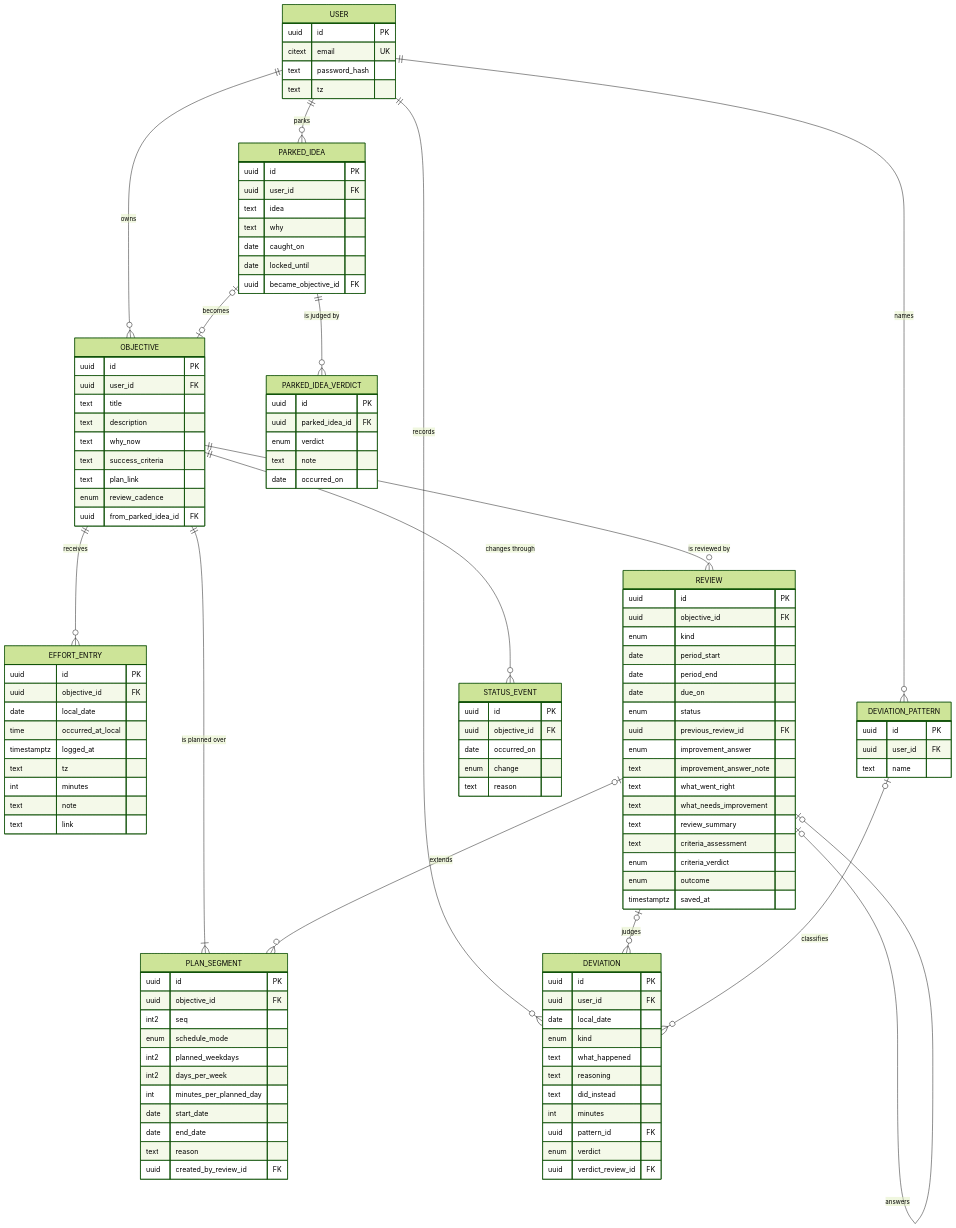
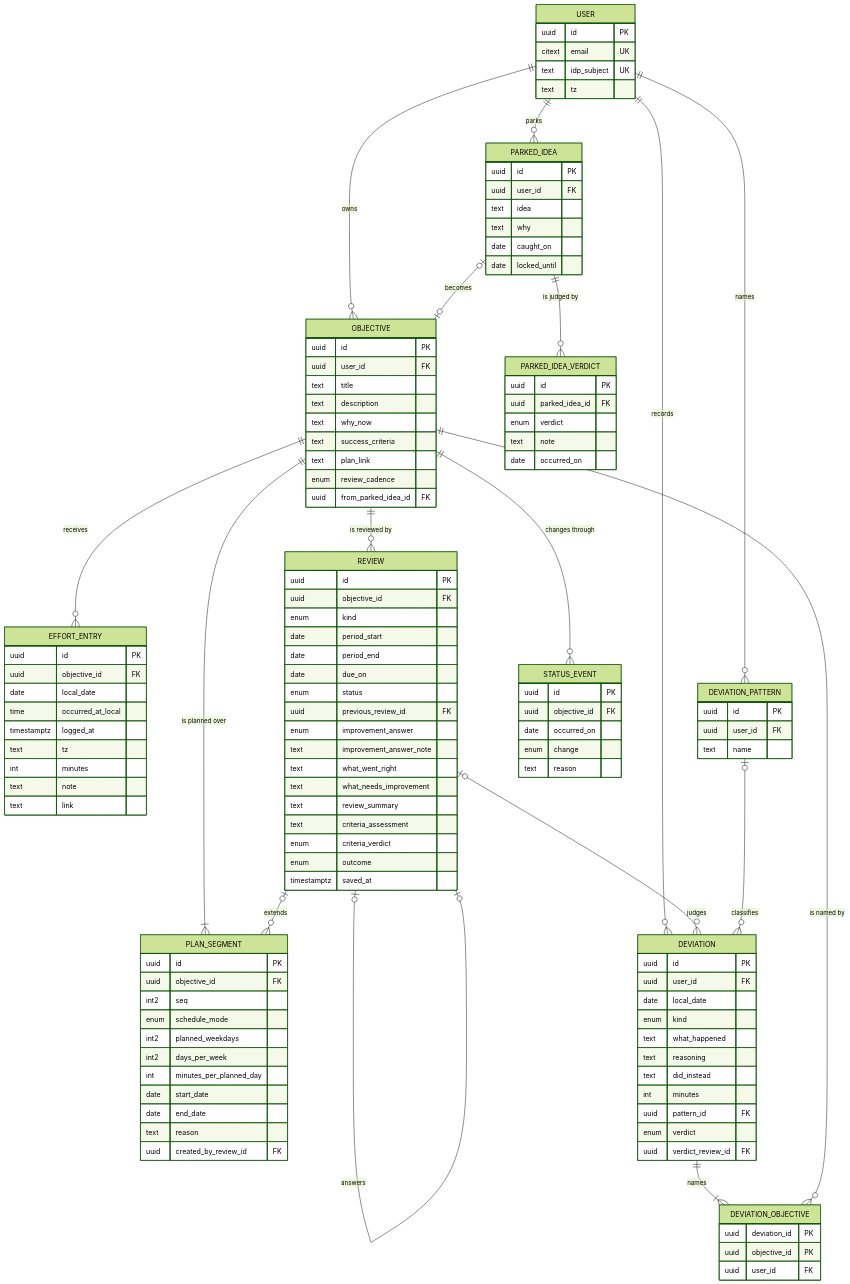
One commit to rohit12242/keel changed the second of 2 diagrams in docs/erd.md. Above: the diagram before and after it, drawn with Mermaid (forest theme). The commit also changed other lines of this file and 158 other files, not shown here.

```diff
--- a/docs/erd.md
+++ b/docs/erd.md
@@ -69,7 +93,7 @@
     USER {
         uuid id PK
         citext email UK
-        text password_hash
+        text idp_subject UK
         text tz
     }
     OBJECTIVE {
@@ -139,6 +163,11 @@
         enum verdict
         uuid verdict_review_id FK
     }
+    DEVIATION_OBJECTIVE {
+        uuid deviation_id PK
+        uuid objective_id PK
+        uuid user_id FK
+    }
     DEVIATION_PATTERN {
         uuid id PK
         uuid user_id FK
@@ -151,7 +180,6 @@
         text why
         date caught_on
         date locked_until
-        uuid became_objective_id FK
     }
     PARKED_IDEA_VERDICT {
         uuid id PK
@@ -169,6 +197,8 @@
     }
     USER ||--o{ OBJECTIVE : owns
     USER ||--o{ DEVIATION : records
+    DEVIATION ||--|{ DEVIATION_OBJECTIVE : names
+    OBJECTIVE ||--o{ DEVIATION_OBJECTIVE : "is named by"
     USER ||--o{ PARKED_IDEA : parks
     USER ||--o{ DEVIATION_PATTERN : names
     OBJECTIVE ||--|{ PLAN_SEGMENT : "is planned over"
```
